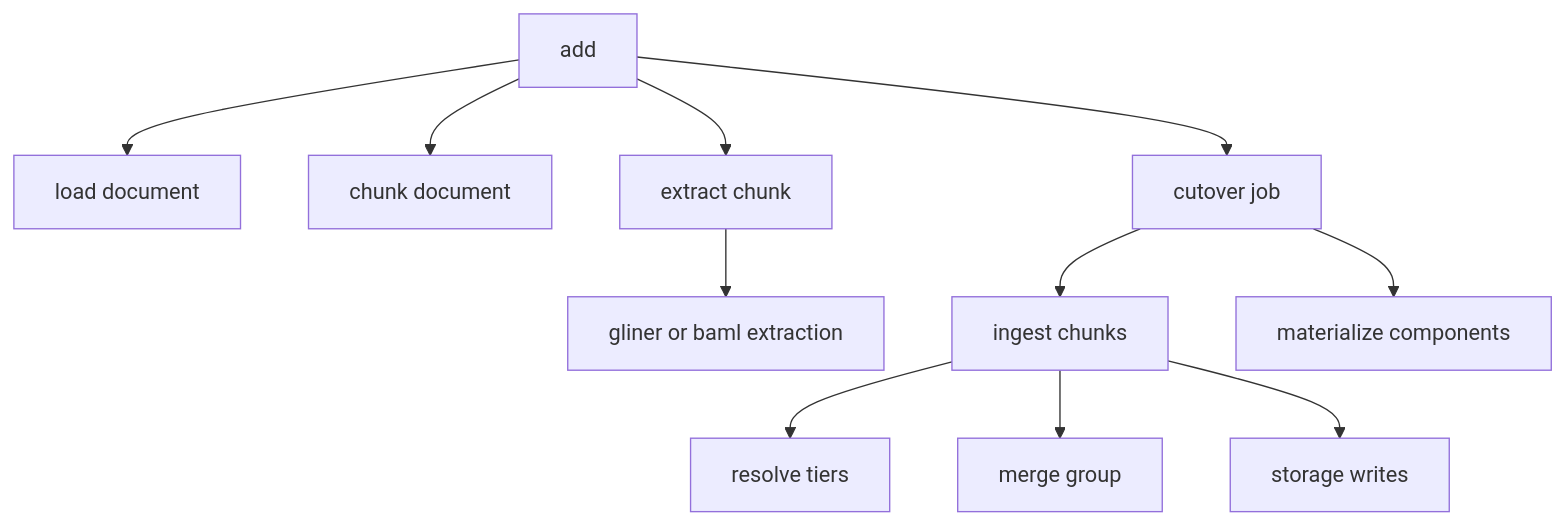
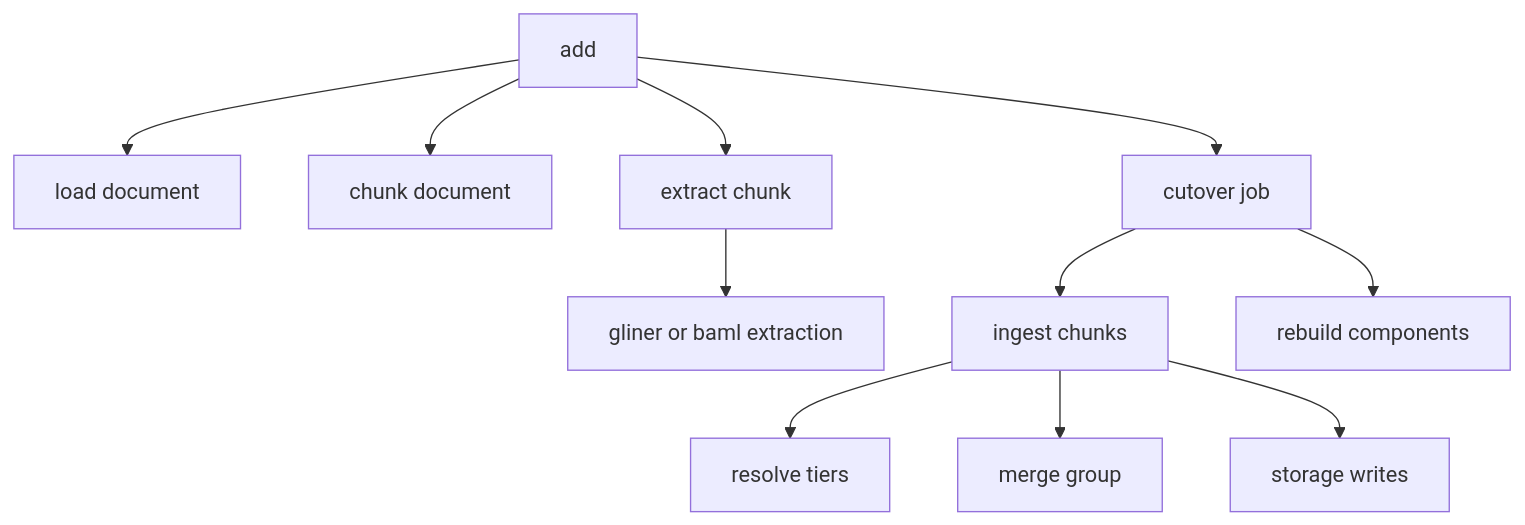
One commit to ontogr/agentic-graphrag changed the diagram in docs/docs/concepts/observability.mdx. Above: the diagram before and after it, drawn with Mermaid. The commit also changed 40 other files, not shown here.

````diff
--- a/docs/docs/concepts/observability.mdx
+++ b/docs/docs/concepts/observability.mdx
@@ -19,13 +19,13 @@
 ```mermaid
 flowchart TD
     A[add] --> L[load document]
     A --> C[chunk document]
     A --> E[extract chunk]
     E --> X[gliner or baml extraction]
     A --> J[cutover job]
     J --> I[ingest chunks]
-    J --> M[materialize components]
+    J --> M[rebuild components]
     I --> R[resolve tiers]
     I --> G[merge group]
     I --> S[storage writes]
 ```
````
